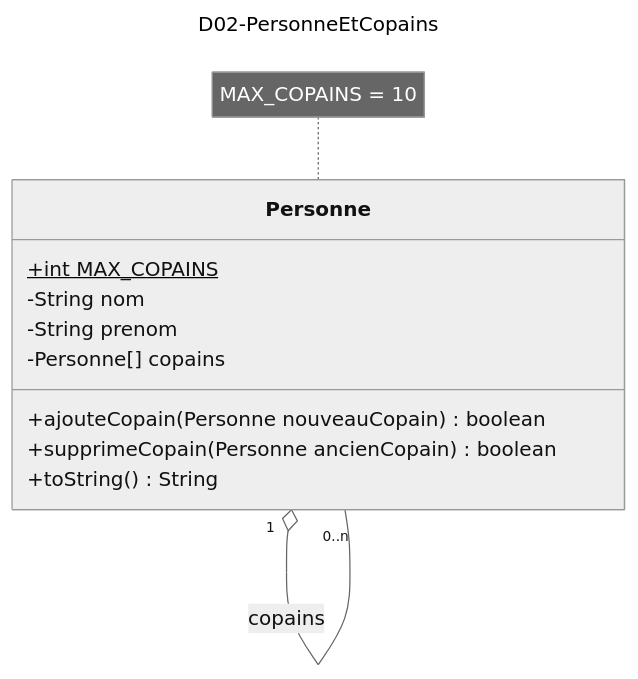
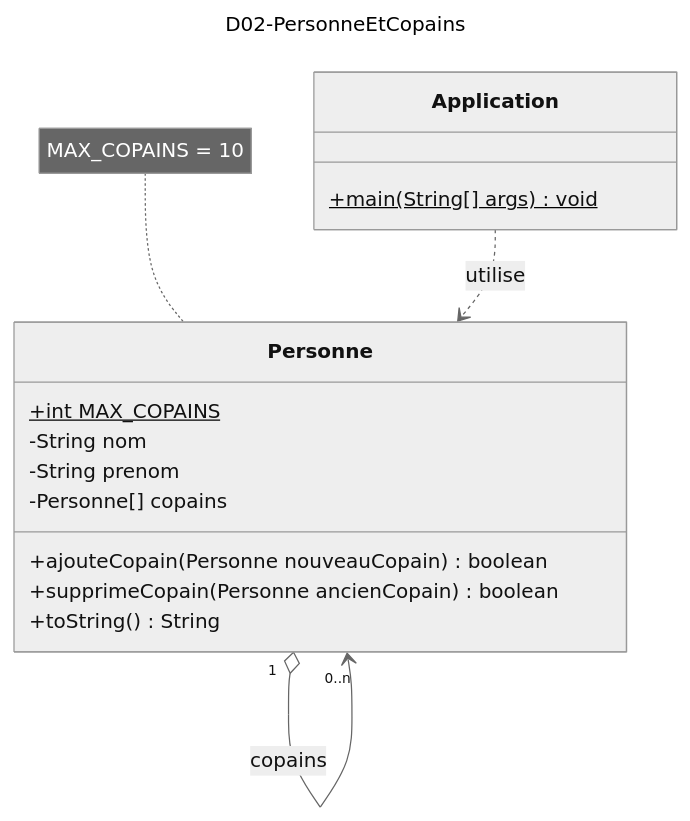
One commit to emf-info-d400/D02-PersonneEtCopains changed the diagram in UML.md. Above: the diagram before and after it, drawn with Mermaid (neutral theme).

````diff
--- a/UML.md
+++ b/UML.md
@@ -3,17 +3,21 @@
 ```mermaid
 ---
 title: D02-PersonneEtCopains
 ---
 classDiagram
+class Application {
+    +main(String[] args)$ void
+}
 class Personne {
     +int MAX_COPAINS$
     -String nom
     -String prenom
     -Personne[] copains
     +ajouteCopain(Personne nouveauCopain) boolean
     +supprimeCopain(Personne ancienCopain) boolean
     +toString() String
 }
 note for Personne "MAX_COPAINS = 10"
-Personne "1" o-- "0..n" Personne : copains
+Personne "1" o--> "0..n" Personne : copains
+Application ..> Personne : utilise
 ```
````
